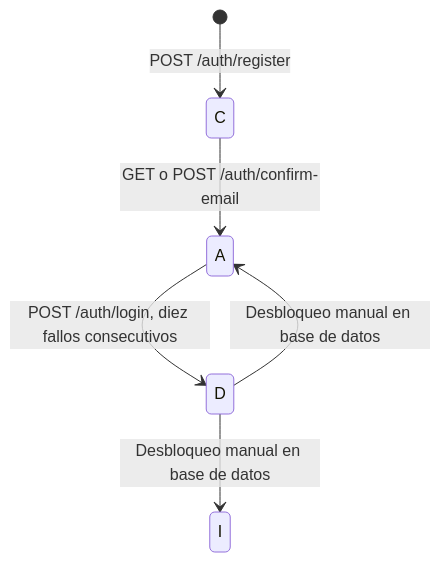
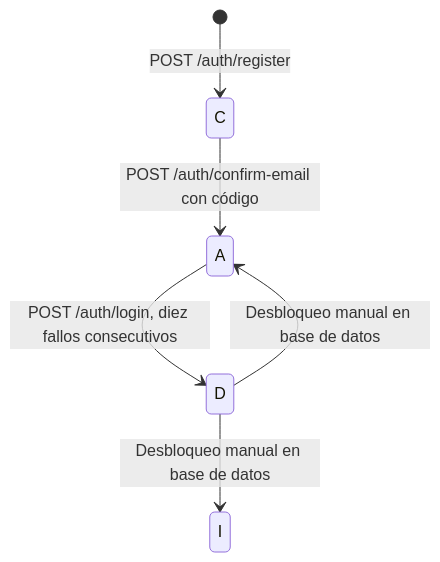
One commit to CesarLopezPeriferiaIT/Back_FVL_Login changed the seventh of 7 diagrams in docs/flujo-aplicacion-movil.md. Above: the diagram before and after it, drawn with Mermaid. The commit also changed other lines of this file and 6 other files, not shown here.

First line of the commit message:
DOCUMENT OTP CONFIRMATION FLOW

````diff
--- a/docs/flujo-aplicacion-movil.md
+++ b/docs/flujo-aplicacion-movil.md
@@ -213,8 +213,8 @@
 ```mermaid
 stateDiagram-v2
     [*] --> C: POST /auth/register
-    C --> A: GET o POST /auth/confirm-email
+    C --> A: POST /auth/confirm-email con código
     A --> D: POST /auth/login, diez fallos consecutivos
     D --> A: Desbloqueo manual en base de datos
     D --> I: Desbloqueo manual en base de datos
 ```
````
